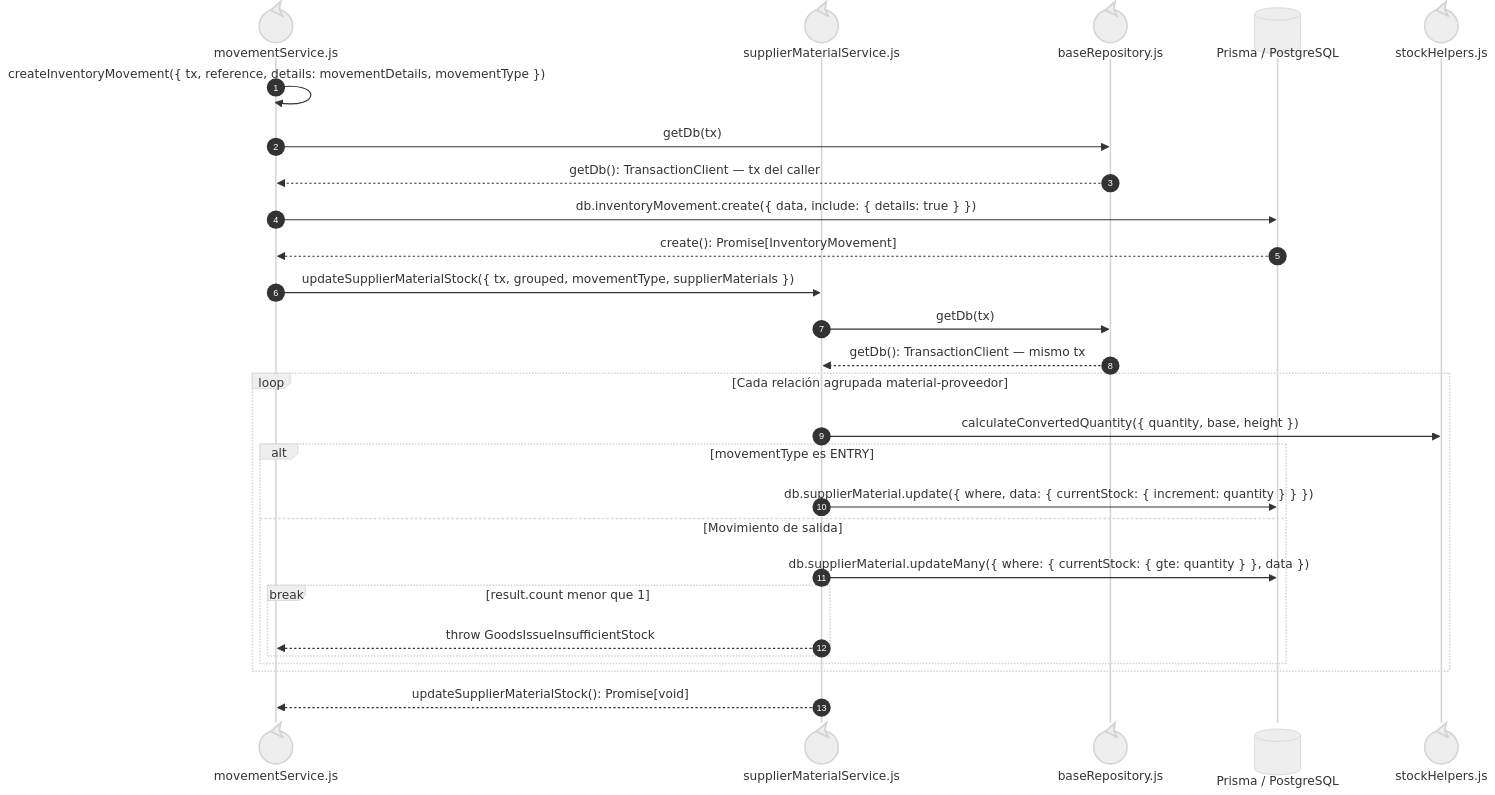
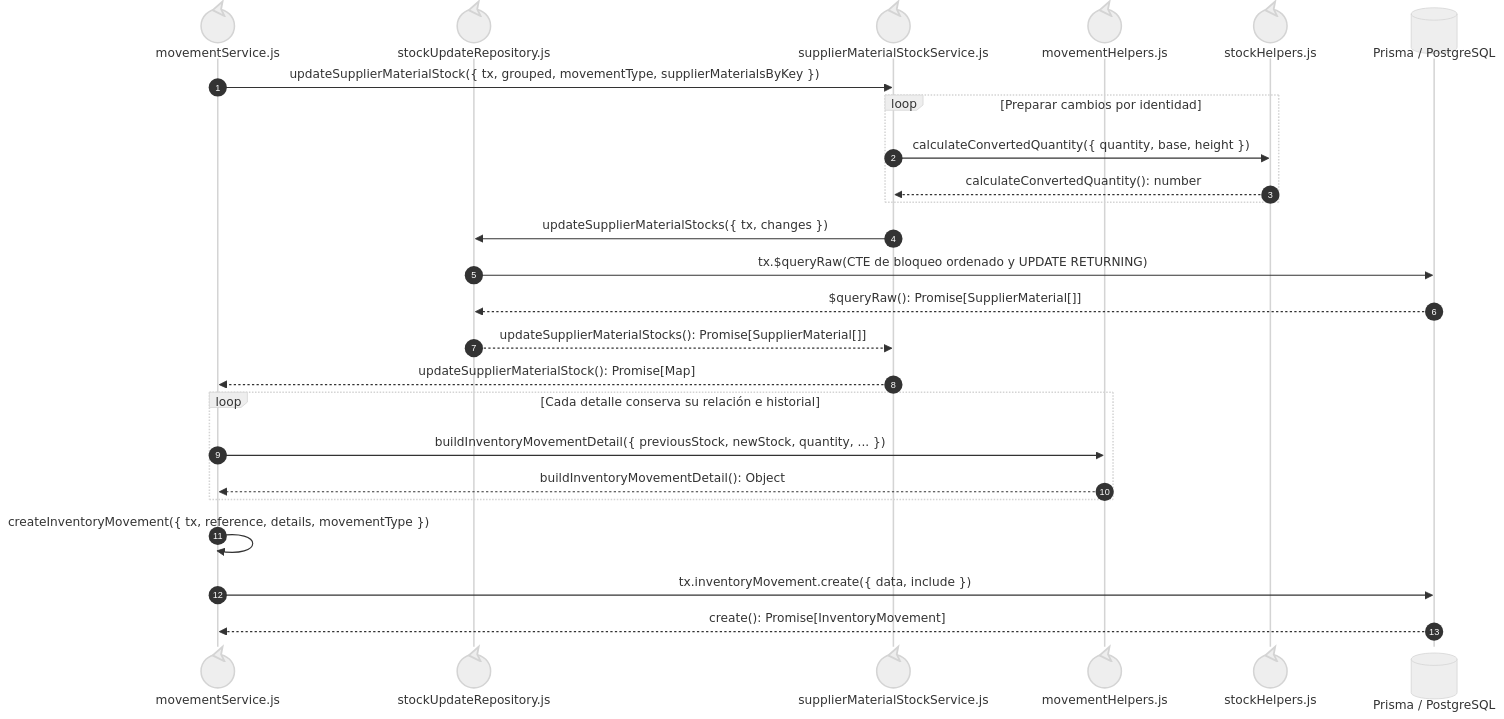
Before and after one commit to gpgsistemas01/nexus: the sixth of 6 diagrams in docs/architecture/views/processes/backend-code-sequences/purchases/cu-ent-03.md, drawn with Mermaid (neutral theme). The commit also changed other lines of this file and 122 other files, not shown here.

````diff
--- a/docs/architecture/views/processes/backend-code-sequences/purchases/cu-ent-03.md
+++ b/docs/architecture/views/processes/backend-code-sequences/purchases/cu-ent-03.md
@@ -247,30 +230,27 @@
 ```mermaid
 sequenceDiagram
     autonumber
     participant Inventory@{ "type": "control" } as movementService.js
-    participant Costs@{ "type": "control" } as supplierMaterialService.js
-    participant FileBaseRepository@{ "type": "control" } as baseRepository.js
+    participant StockUpdateRepo@{ "type": "control" } as stockUpdateRepository.js
+    participant StockBalance@{ "type": "control" } as supplierMaterialStockService.js
+    participant MovementHelpers@{ "type": "control" } as movementHelpers.js
+    participant StockChecks@{ "type": "control" } as stockHelpers.js
     participant Prisma@{ "type": "database" } as Prisma / PostgreSQL
-    participant StockChecks@{ "type": "control" } as stockHelpers.js
-
-    Inventory->>Inventory: createInventoryMovement({ tx, reference, details: movementDetails, movementType })
-    Inventory->>FileBaseRepository: getDb(tx)
-    FileBaseRepository-->>Inventory: getDb(): TransactionClient — tx del caller
-    Inventory->>Prisma: db.inventoryMovement.create({ data, include: { details: true } })
+    Inventory->>StockBalance: updateSupplierMaterialStock({ tx, grouped, movementType, supplierMaterialsByKey })
+    loop Preparar cambios por identidad
+        StockBalance->>StockChecks: calculateConvertedQuantity({ quantity, base, height })
+        StockChecks-->>StockBalance: calculateConvertedQuantity(): number
+    end
+    StockBalance->>StockUpdateRepo: updateSupplierMaterialStocks({ tx, changes })
+    StockUpdateRepo->>Prisma: tx.$queryRaw(CTE de bloqueo ordenado y UPDATE RETURNING)
+    Prisma-->>StockUpdateRepo: $queryRaw(): Promise[SupplierMaterial[]]
+    StockUpdateRepo-->>StockBalance: updateSupplierMaterialStocks(): Promise[SupplierMaterial[]]
+    StockBalance-->>Inventory: updateSupplierMaterialStock(): Promise[Map]
+    loop Cada detalle conserva su relación e historial
+        Inventory->>MovementHelpers: buildInventoryMovementDetail({ previousStock, newStock, quantity, ... })
+        MovementHelpers-->>Inventory: buildInventoryMovementDetail(): Object
+    end
+    Inventory->>Inventory: createInventoryMovement({ tx, reference, details, movementType })
+    Inventory->>Prisma: tx.inventoryMovement.create({ data, include })
     Prisma-->>Inventory: create(): Promise[InventoryMovement]
-    Inventory->>Costs: updateSupplierMaterialStock({ tx, grouped, movementType, supplierMaterials })
-    Costs->>FileBaseRepository: getDb(tx)
-    FileBaseRepository-->>Costs: getDb(): TransactionClient — mismo tx
-    loop Cada relación agrupada material-proveedor
-        Costs->>StockChecks: calculateConvertedQuantity({ quantity, base, height })
-        alt movementType es ENTRY
-            Costs->>Prisma: db.supplierMaterial.update({ where, data: { currentStock: { increment: quantity } } })
-        else Movimiento de salida
-            Costs->>Prisma: db.supplierMaterial.updateMany({ where: { currentStock: { gte: quantity } }, data })
-            break result.count menor que 1
-                Costs-->>Inventory: throw GoodsIssueInsufficientStock
-            end
-        end
-    end
-    Costs-->>Inventory: updateSupplierMaterialStock(): Promise[void]
 ```
````
